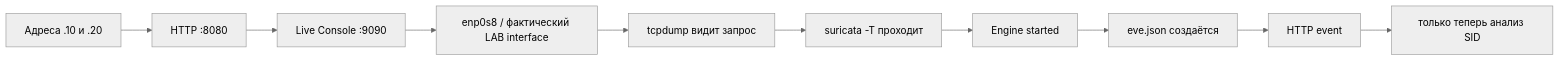
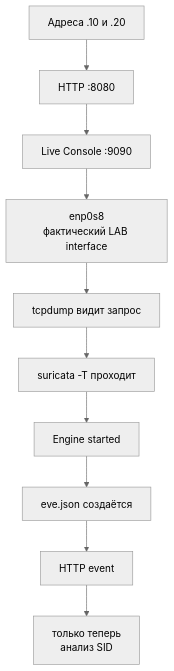
Before and after one commit to 11ndra/spvo: the second of 2 diagrams in docs/labs/lab01/index.md, drawn with Mermaid (neutral theme). The commit also changed other lines of this file and 1 other file, not shown here.

Commit message:
minor fixes

````diff
--- a/docs/labs/lab01/index.md
+++ b/docs/labs/lab01/index.md
@@ -301,12 +301,12 @@
 ```mermaid
-flowchart LR
+flowchart TB
     A["Адреса .10 и .20"] --> B["HTTP :8080"]
     B --> C["Live Console :9090"]
-    C --> D["enp0s8 / фактический LAB interface"]
+    C --> D["enp0s8<br/>фактический LAB interface"]
     D --> E["tcpdump видит запрос"]
     E --> F["suricata -T проходит"]
     F --> G["Engine started"]
     G --> H["eve.json создаётся"]
     H --> I["HTTP event"]
-    I --> J["только теперь анализ SID"]
+    I --> J["только теперь<br/>анализ SID"]
 ```
````
